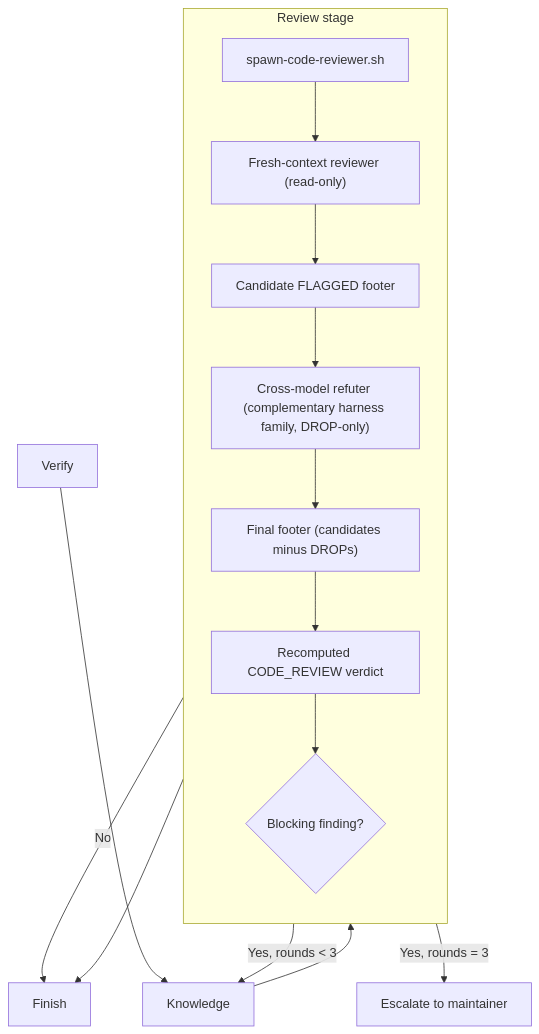
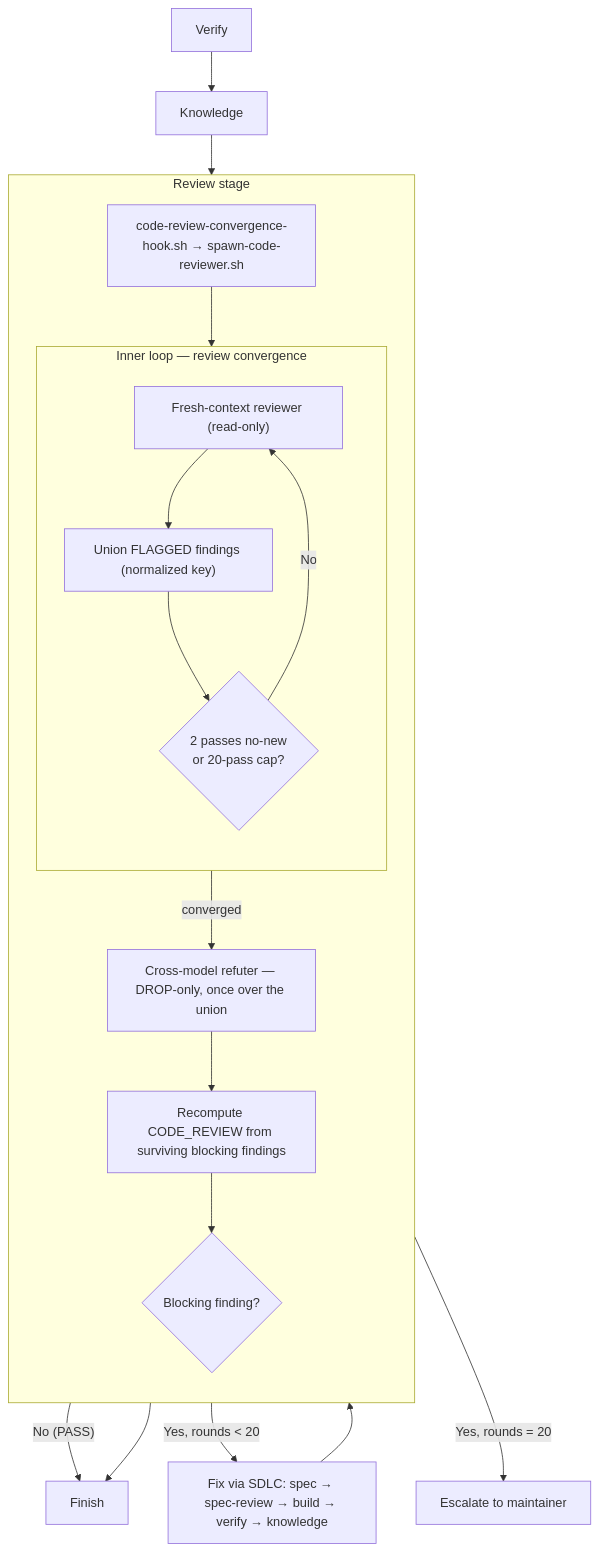
Before and after one commit to bmransom/foundry: the second of 2 diagrams in roadmap/specs/code-review/design.md, drawn with Mermaid. The commit also changed other lines of this file and 2 other files, not shown here.

First line of the commit message:
docs(code-review): spec the convergence cycle (sync runner + inner/outer loops + config-A)

````diff
--- a/roadmap/specs/code-review/design.md
+++ b/roadmap/specs/code-review/design.md
@@ -216,20 +245,25 @@
 ```mermaid
 flowchart TD
     Verify[Verify] --> Knowledge[Knowledge]
     Knowledge --> Review
     Review --> Finish[Finish]
 
     subgraph Review[Review stage]
         direction TB
-        Spawn["spawn-code-reviewer.sh"] --> Reviewer["Fresh-context reviewer (read-only)"]
-        Reviewer --> Candidate["Candidate FLAGGED footer"]
-        Candidate --> Refuter["Cross-model refuter (complementary harness family, DROP-only)"]
-        Refuter --> Final["Final footer (candidates minus DROPs)"]
-        Final --> Verdict["Recomputed CODE_REVIEW verdict"]
+        Spawn["code-review-convergence-hook.sh → spawn-code-reviewer.sh"] --> Inner
+        subgraph Inner["Inner loop — review convergence"]
+            direction TB
+            Rev["Fresh-context reviewer (read-only)"] --> Union["Union FLAGGED findings (normalized key)"]
+            Union --> Stable{"2 passes no-new<br/>or 20-pass cap?"}
+            Stable -->|"No"| Rev
+        end
+        Inner -->|"converged"| Refuter["Cross-model refuter — DROP-only, once over the union"]
+        Refuter --> Verdict["Recompute CODE_REVIEW from surviving blocking findings"]
         Verdict --> Gate{"Blocking finding?"}
     end
 
-    Gate -->|"No"| Finish
-    Gate -->|"Yes, rounds < 3"| Knowledge
-    Gate -->|"Yes, rounds = 3"| Escalate["Escalate to maintainer"]
+    Gate -->|"No (PASS)"| Finish
+    Gate -->|"Yes, rounds < 20"| SDLC["Fix via SDLC: spec → spec-review → build → verify → knowledge"]
+    SDLC --> Spawn
+    Gate -->|"Yes, rounds = 20"| Escalate["Escalate to maintainer"]
 ```
````
